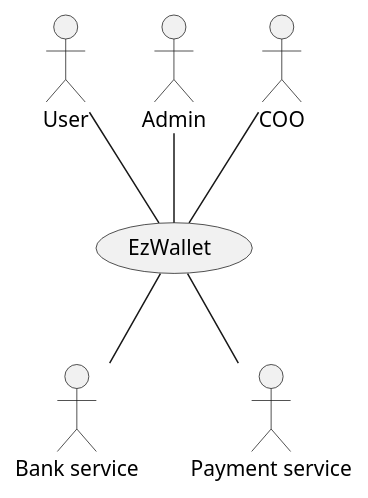
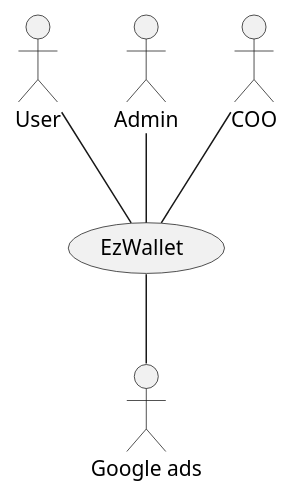
The first of 5 diagrams in RequirementsDocumentV2.md (lara-m2000/ezwallet), drawn with PlantUML before and after one commit. The commit also changed other lines of this file, not shown here.

````diff
--- a/RequirementsDocumentV2.md
+++ b/RequirementsDocumentV2.md
@@ -132,18 +132,18 @@
 ```plantuml
 @startuml
 
 usecase EzWallet
 actor User
 actor Admin
 actor COO
-actor "Bank service" as BankService
-actor "Payment service" as PaymentService
+
+actor "Google ads" as GoogleAds
 
 User -- EzWallet
 Admin -- EzWallet
 COO -- EzWallet
-EzWallet -- BankService
-EzWallet -- PaymentService
+
+EzWallet -- GoogleAds
 
 @enduml
 ```
````
